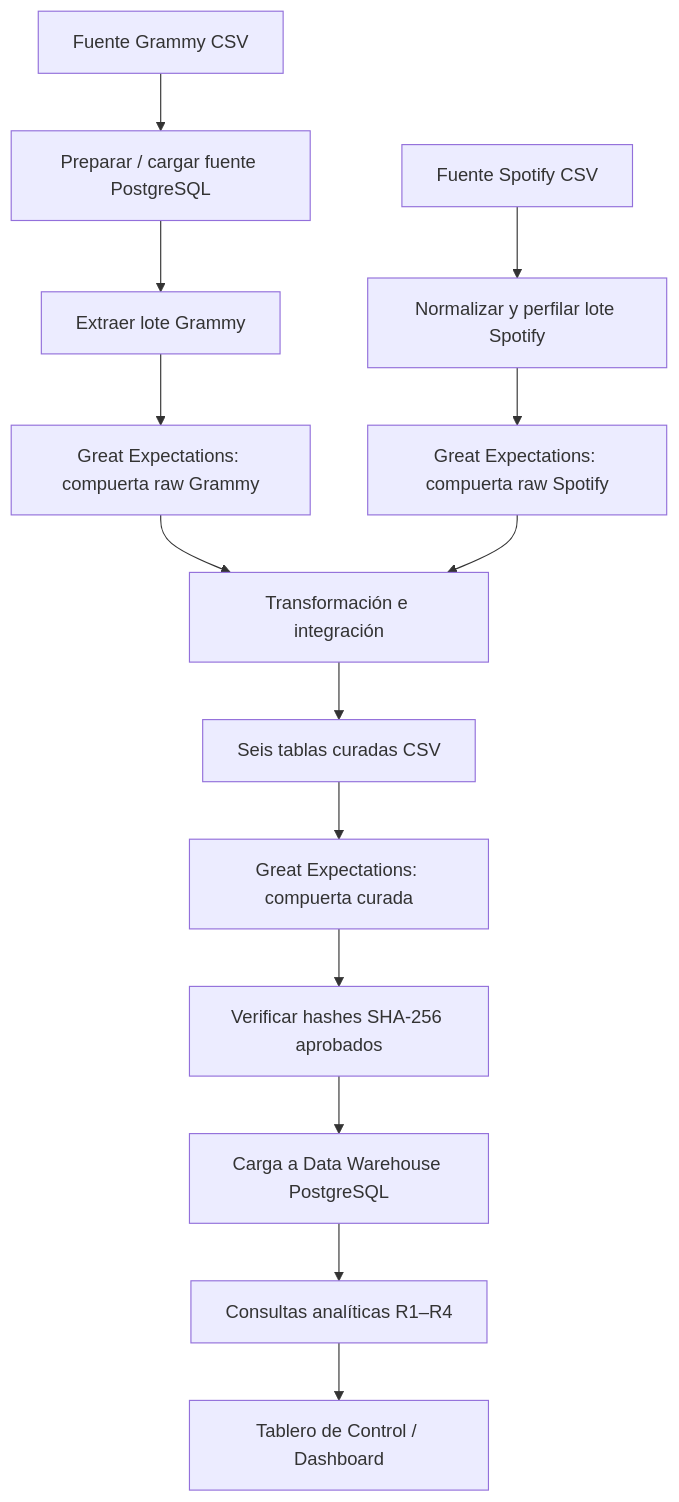
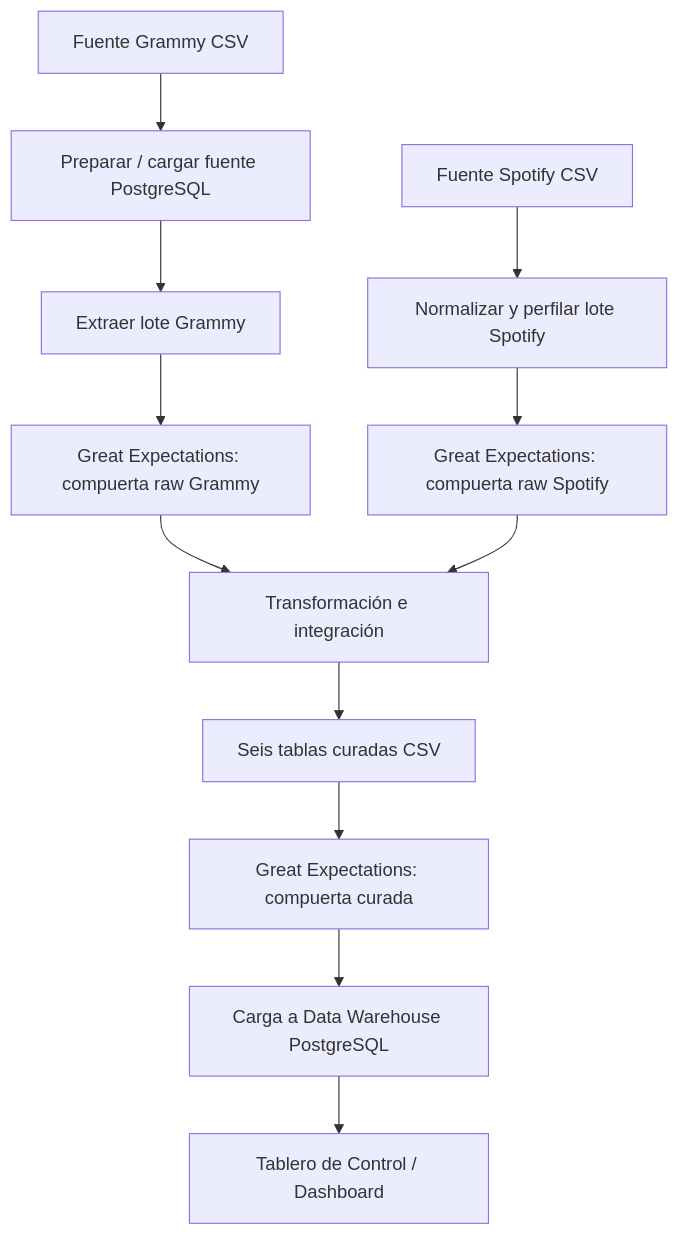
The first of 2 diagrams in README.md (valedeveloper/workshop2), drawn with Mermaid before and after one commit. The commit also changed other lines of this file and 171 other files, not shown here.

````diff
--- a/README.md
+++ b/README.md
@@ -46,16 +43,14 @@
 ```mermaid
 flowchart TD
     A[Fuente Grammy CSV] --> B[Preparar / cargar fuente PostgreSQL]
     B --> C[Extraer lote Grammy]
     C --> D[Great Expectations: compuerta raw Grammy]
     E[Fuente Spotify CSV] --> F[Normalizar y perfilar lote Spotify]
     F --> G[Great Expectations: compuerta raw Spotify]
     D --> H[Transformación e integración]
     G --> H
     H --> I[Seis tablas curadas CSV]
     I --> J[Great Expectations: compuerta curada]
-    J --> K[Verificar hashes SHA-256 aprobados]
-    K --> L[Carga a Data Warehouse PostgreSQL]
-    L --> M[Consultas analíticas R1–R4]
-    M --> N[Tablero de Control / Dashboard] 
+    J --> L[Carga a Data Warehouse PostgreSQL]
+    L --> N[Tablero de Control / Dashboard] 
 ```
````
